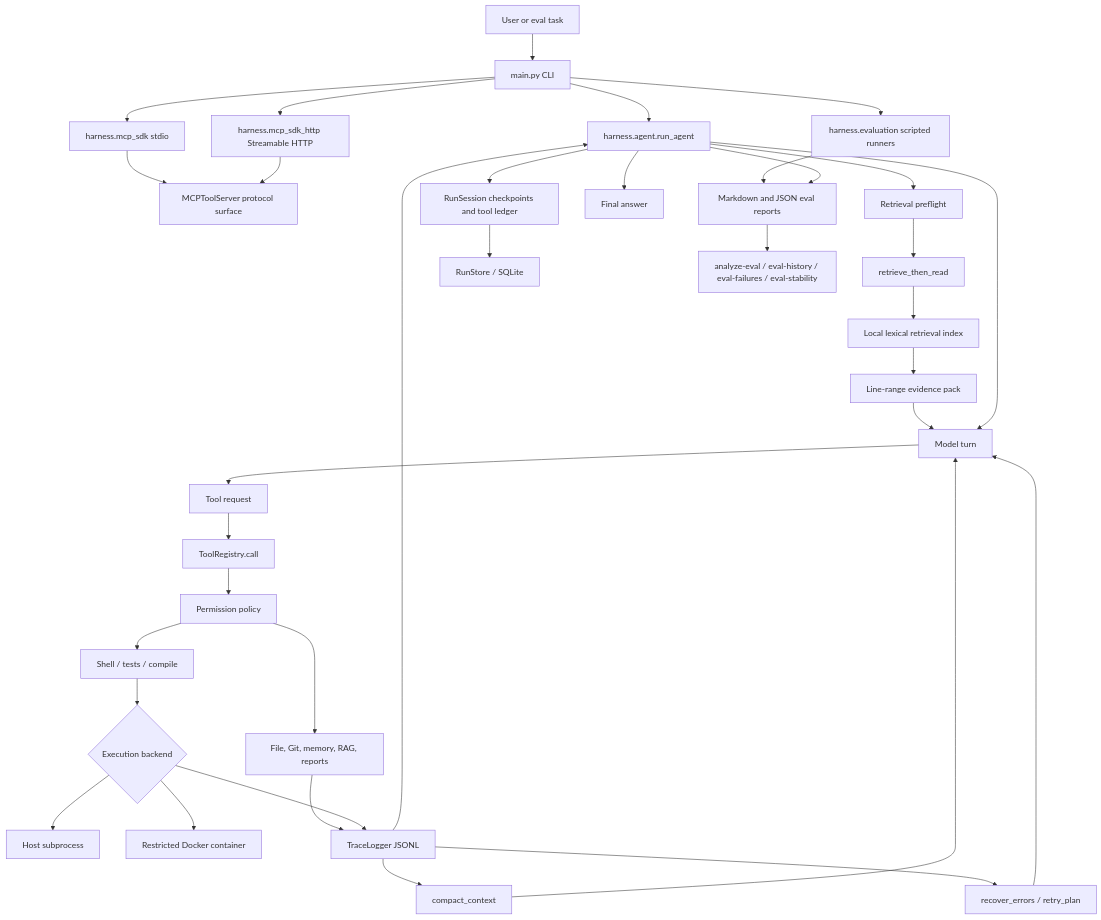
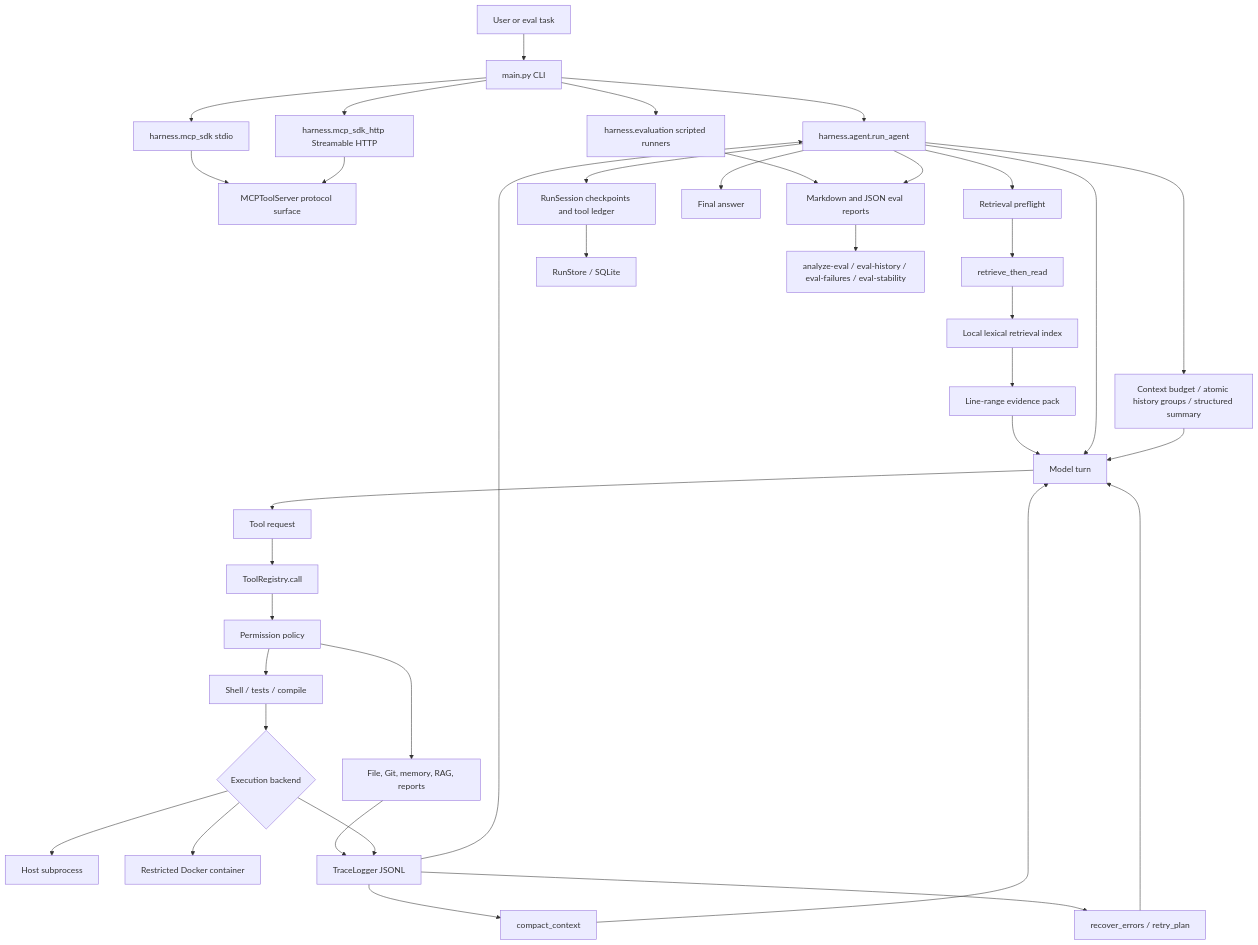
The first of 5 diagrams in docs/ARCHITECTURE.md (Userss1234/mini-coding-agent-harness), drawn with Mermaid before and after one commit. The commit also changed other lines of this file and 17 other files, not shown here.

Commit message:
feat: manage model context with durable summaries

````diff
--- a/docs/ARCHITECTURE.md
+++ b/docs/ARCHITECTURE.md
@@ -7,41 +7,43 @@
 ```mermaid
 flowchart TD
     U["User or eval task"] --> CLI["main.py CLI"]
     CLI --> Agent["harness.agent.run_agent"]
     CLI --> Scripted["harness.evaluation scripted runners"]
     CLI --> MCPStdio["harness.mcp_sdk stdio"]
     CLI --> MCPHTTP["harness.mcp_sdk_http Streamable HTTP"]
     MCPStdio --> MCPProtocol["MCPToolServer protocol surface"]
     MCPHTTP --> MCPProtocol
 
     Agent --> Preflight["Retrieval preflight"]
     Preflight --> RTR["retrieve_then_read"]
     RTR --> RAG["Local lexical retrieval index"]
     RAG --> Evidence["Line-range evidence pack"]
     Evidence --> Model["Model turn"]
 
     Agent --> Model
+    Agent --> ContextWindow["Context budget / atomic history groups / structured summary"]
+    ContextWindow --> Model
     Agent --> RunSession["RunSession checkpoints and tool ledger"]
     RunSession --> RunStore["RunStore / SQLite"]
     Model --> ToolUse["Tool request"]
     ToolUse --> Registry["ToolRegistry.call"]
     Registry --> Policy["Permission policy"]
     Policy --> Tools["File, Git, memory, RAG, reports"]
     Policy --> Execute["Shell / tests / compile"]
     Execute --> Backend{"Execution backend"}
     Backend --> Host["Host subprocess"]
     Backend --> Docker["Restricted Docker container"]
     Tools --> Trace["TraceLogger JSONL"]
     Backend --> Trace
     Trace --> Agent
 
     Trace --> Compact["compact_context"]
     Trace --> Retry["recover_errors / retry_plan"]
     Compact --> Model
     Retry --> Model
 
     Agent --> Answer["Final answer"]
     Scripted --> EvalReport["Markdown and JSON eval reports"]
     Agent --> EvalReport
     EvalReport --> Analysis["analyze-eval / eval-history / eval-failures / eval-stability"]
 ```
````
